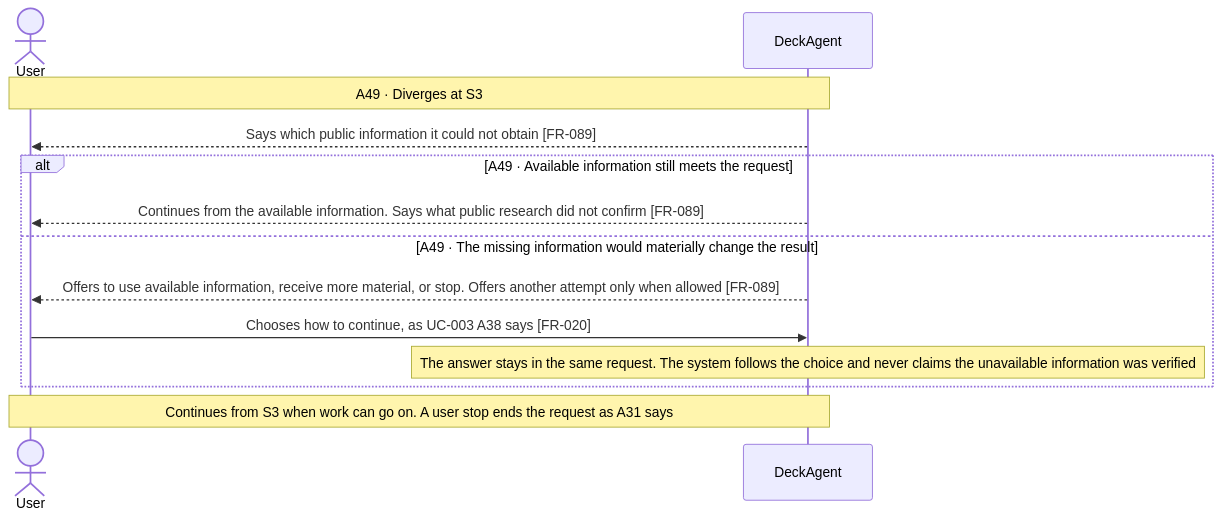
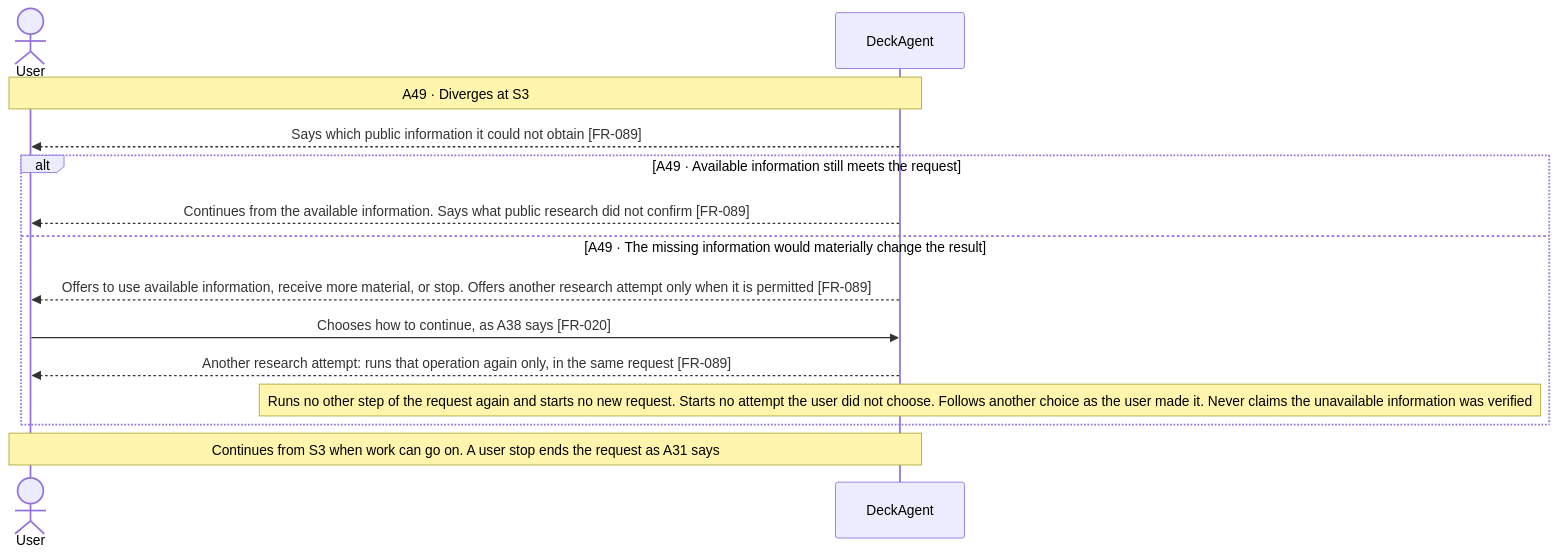
Before and after one commit to Luke23127006/DeckAgent: diagram 30 of 30 in docs/spec/03-use-cases/UC-003.md, drawn with Mermaid. The commit also changed other lines of this file and 5 other files, not shown here.

````diff
--- a/docs/spec/03-use-cases/UC-003.md
+++ b/docs/spec/03-use-cases/UC-003.md
@@ -440,15 +449,16 @@
 ```mermaid
 sequenceDiagram
     actor User
     participant DeckAgent
     Note over User,DeckAgent: A49 · Diverges at S3
     DeckAgent-->>User: Says which public information it could not obtain [FR-089]
     alt A49 · Available information still meets the request
         DeckAgent-->>User: Continues from the available information. Says what public research did not confirm [FR-089]
     else A49 · The missing information would materially change the result
-        DeckAgent-->>User: Offers to use available information, receive more material, or stop. Offers another attempt only when allowed [FR-089]
-        User->>DeckAgent: Chooses how to continue, as UC-003 A38 says [FR-020]
-        note over DeckAgent: The answer stays in the same request. The system follows the choice and never claims the unavailable information was verified
+        DeckAgent-->>User: Offers to use available information, receive more material, or stop. Offers another research attempt only when it is permitted [FR-089]
+        User->>DeckAgent: Chooses how to continue, as A38 says [FR-020]
+        DeckAgent-->>User: Another research attempt: runs that operation again only, in the same request [FR-089]
+        note over DeckAgent: Runs no other step of the request again and starts no new request. Starts no attempt the user did not choose. Follows another choice as the user made it. Never claims the unavailable information was verified
     end
     Note over User,DeckAgent: Continues from S3 when work can go on. A user stop ends the request as A31 says
 ```
````
